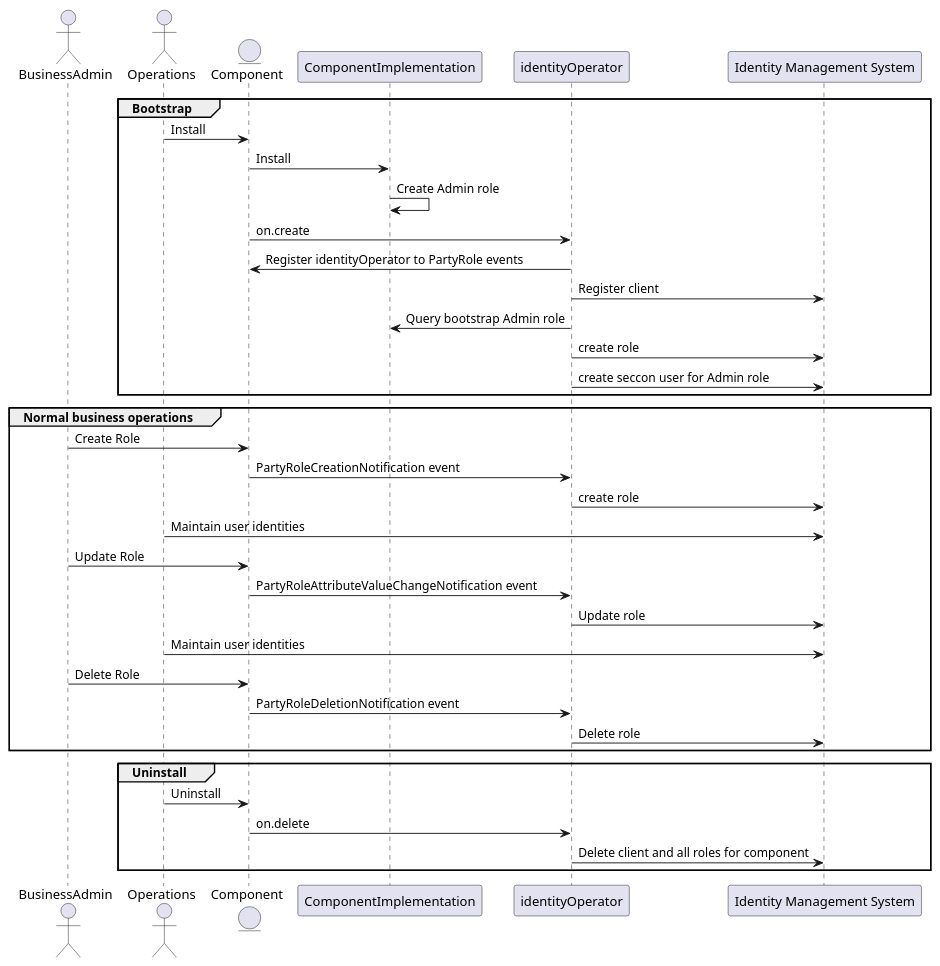
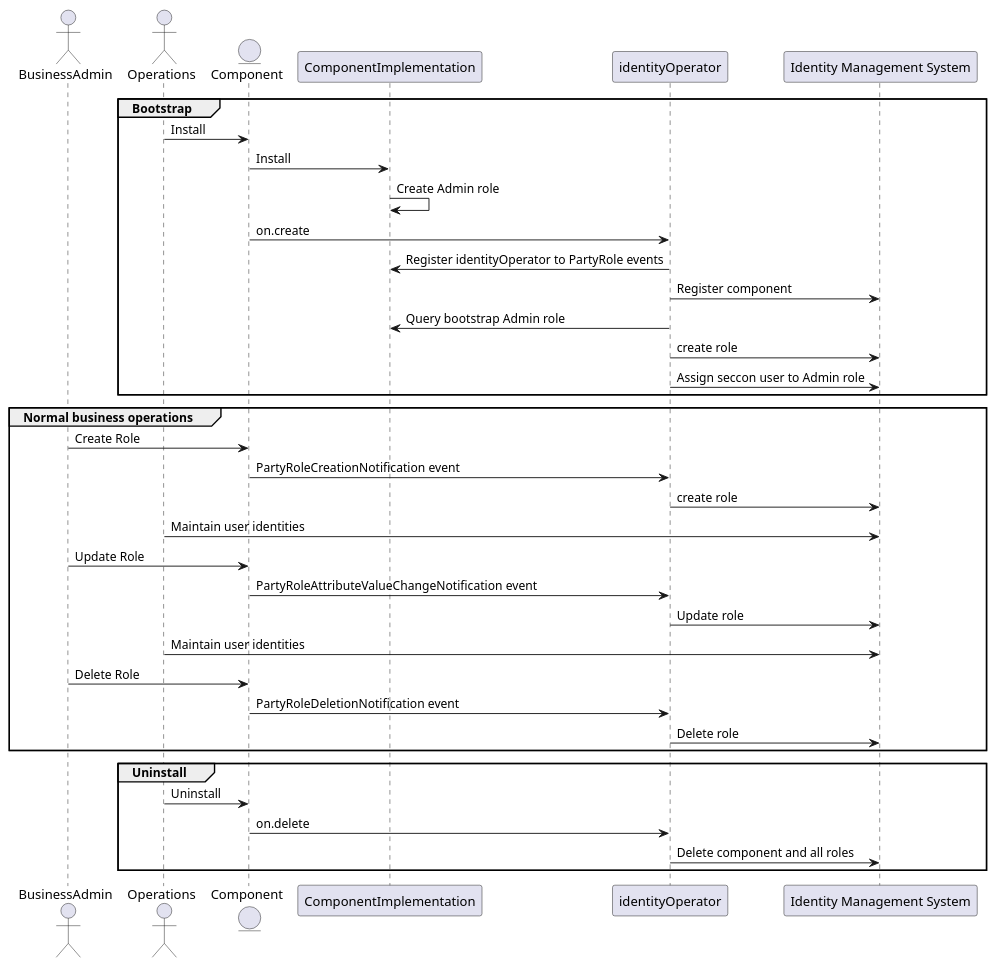
One commit to tmforum-oda/oda-canvas changed the diagram in oda-canvas-ctk/usecase-library/Bootstrap-role-for-component/securitySequenceKeycloak.puml. Above: the diagram before and after it, drawn with PlantUML. The commit also changed 3 other files, not shown here.

```diff
--- a/oda-canvas-ctk/usecase-library/Bootstrap-role-for-component/securitySequenceKeycloak.puml
+++ b/oda-canvas-ctk/usecase-library/Bootstrap-role-for-component/securitySequenceKeycloak.puml
@@ -1,43 +1,43 @@
 @startuml
 
 actor BusinessAdmin
 actor Operations
 entity Component
 participant ComponentImplementation
 
 group Bootstrap
 Component <- Operations : Install
 Component -> ComponentImplementation : Install
 ComponentImplementation -> ComponentImplementation: Create Admin role
 
 Component -> identityOperator: on.create 
-identityOperator -> Component: Register identityOperator to PartyRole events
-identityOperator -> "Identity Management System": Register client
+identityOperator -> ComponentImplementation: Register identityOperator to PartyRole events
+identityOperator -> "Identity Management System": Register component
 
 identityOperator -> ComponentImplementation : Query bootstrap Admin role
 identityOperator -> "Identity Management System": create role
-identityOperator -> "Identity Management System": create seccon user for Admin role
+identityOperator -> "Identity Management System": Assign seccon user to Admin role
 
 end 
 group Normal business operations
 
 BusinessAdmin -> Component: Create Role
 Component-> identityOperator: PartyRoleCreationNotification event
 identityOperator -> "Identity Management System": create role
 Operations->"Identity Management System"  : Maintain user identities
 BusinessAdmin -> Component: Update Role
 Component-> identityOperator: PartyRoleAttributeValueChangeNotification event
 identityOperator -> "Identity Management System": Update role
 Operations->"Identity Management System"  : Maintain user identities
 BusinessAdmin -> Component: Delete Role
 Component-> identityOperator: PartyRoleDeletionNotification event
 identityOperator -> "Identity Management System": Delete role
 
 end
 group Uninstall
 Operations -> Component  : Uninstall
 Component -> identityOperator: on.delete 
-identityOperator -> "Identity Management System": Delete client and all roles for component
+identityOperator -> "Identity Management System": Delete component and all roles
 end
 
 @enduml
```
